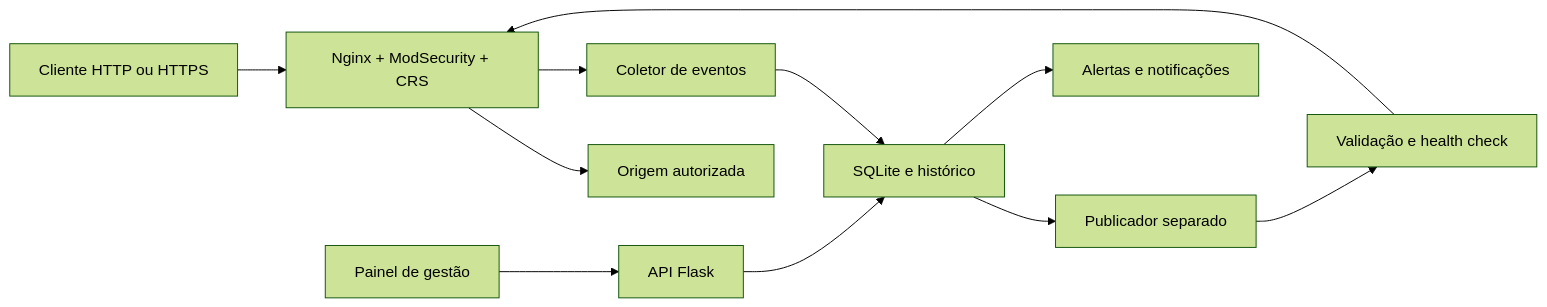
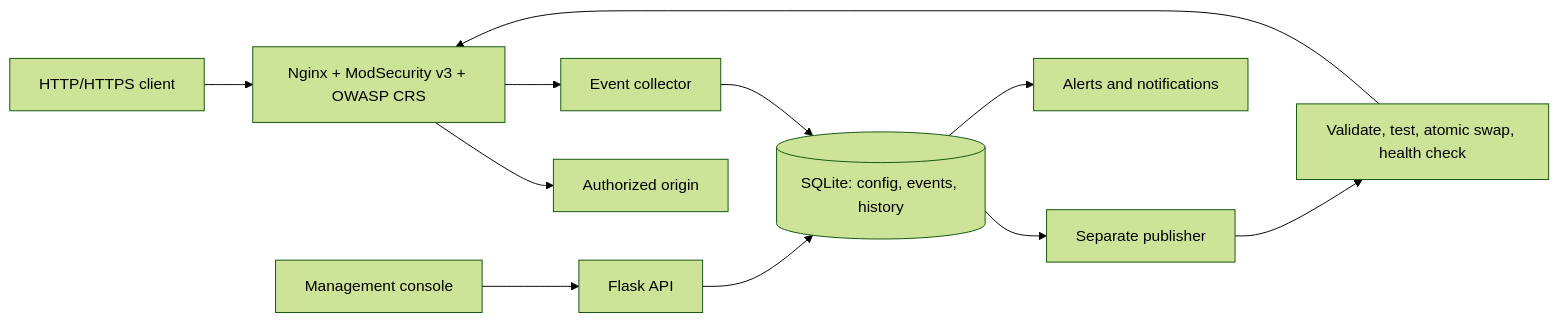
The diagram in README.md (gsouzacloud/shield-portfolio), drawn with Mermaid (forest theme) before and after one commit. The commit also changed other lines of this file and 15 other files, not shown here.

````diff
--- a/README.md
+++ b/README.md
@@ -32,13 +124,13 @@
 ```mermaid
 flowchart LR
-  U[Cliente HTTP ou HTTPS] --> W[Nginx + ModSecurity + CRS]
-  W --> O[Origem autorizada]
-  W --> E[Coletor de eventos]
-  E --> DB[SQLite e histórico]
-  UI[Painel de gestão] --> API[API Flask]
+  U[HTTP/HTTPS client] --> W[Nginx + ModSecurity v3 + OWASP CRS]
+  W --> O[Authorized origin]
+  W --> E[Event collector]
+  E --> DB[(SQLite: config, events, history)]
+  UI[Management console] --> API[Flask API]
   API --> DB
-  DB --> P[Publicador separado]
-  P --> V[Validação e health check]
+  DB --> P[Separate publisher]
+  P --> V[Validate, test, atomic swap, health check]
   V --> W
-  DB --> N[Alertas e notificações]
+  DB --> N[Alerts and notifications]
 ```
````
